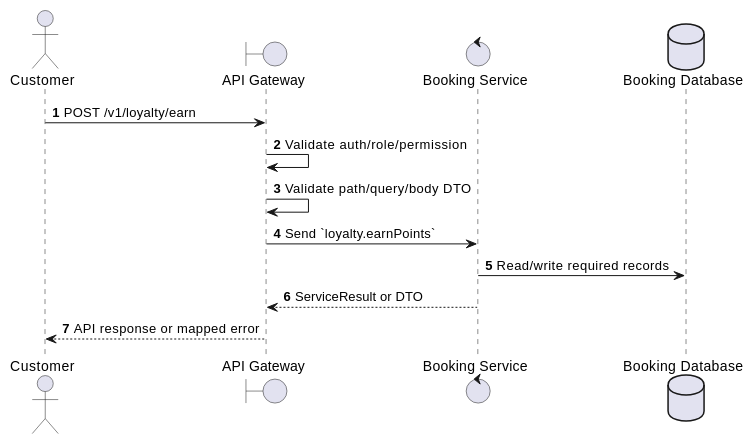
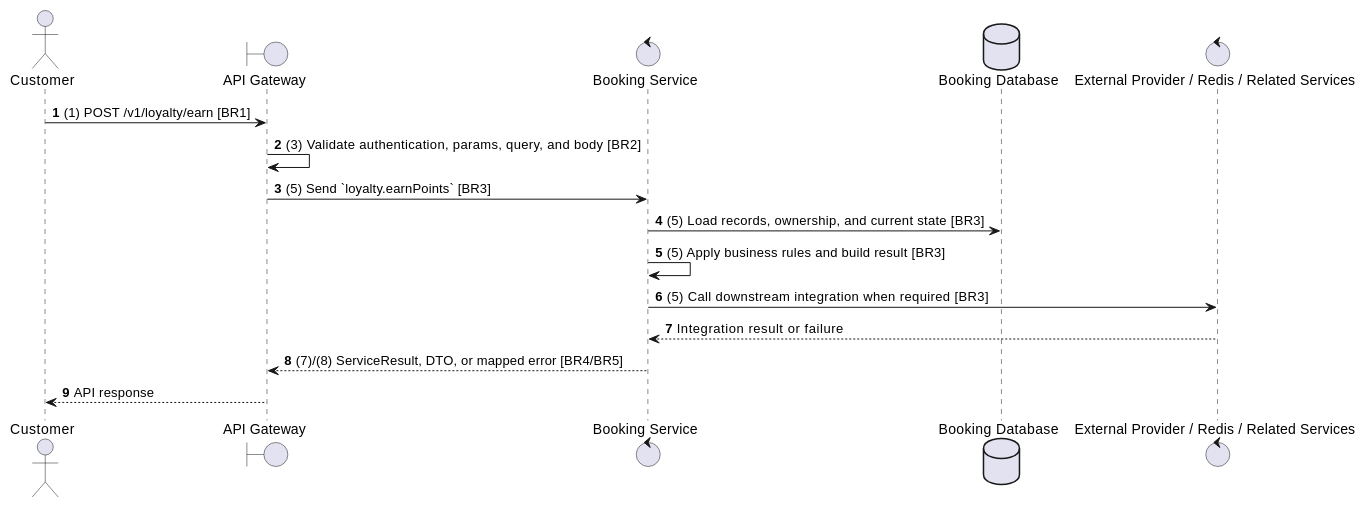
Before and after one commit to Tanh1603/movie-hub-architecture: the second of 2 diagrams in docs/functional_specs/3.11_Loyalty_Points_Module/LY-03_Earn_Points.md, drawn with PlantUML. The commit also changed other lines of this file and 129 other files, not shown here.

````diff
--- a/docs/functional_specs/3.11_Loyalty_Points_Module/LY-03_Earn_Points.md
+++ b/docs/functional_specs/3.11_Loyalty_Points_Module/LY-03_Earn_Points.md
@@ -17,17 +64,20 @@
 ```plantuml
 @startuml
 autonumber
 actor "Customer" as Actor
 boundary "API Gateway" as GW
 control "Booking Service" as SVC
 database "Booking Database" as DB
+control "External Provider / Redis / Related Services" as EXT
 
-Actor -> GW: POST /v1/loyalty/earn
-GW -> GW: Validate auth/role/permission
-GW -> GW: Validate path/query/body DTO
-GW -> SVC: Send `loyalty.earnPoints`
-SVC -> DB: Read/write required records
-SVC --> GW: ServiceResult or DTO
-GW --> Actor: API response or mapped error
+Actor -> GW: (1) POST /v1/loyalty/earn [BR1]
+GW -> GW: (3) Validate authentication, params, query, and body [BR2]
+GW -> SVC: (5) Send `loyalty.earnPoints` [BR3]
+SVC -> DB: (5) Load records, ownership, and current state [BR3]
+SVC -> SVC: (5) Apply business rules and build result [BR3]
+SVC -> EXT: (5) Call downstream integration when required [BR3]
+EXT --> SVC: Integration result or failure
+SVC --> GW: (7)/(8) ServiceResult, DTO, or mapped error [BR4/BR5]
+GW --> Actor: API response
 @enduml
 ```
````
